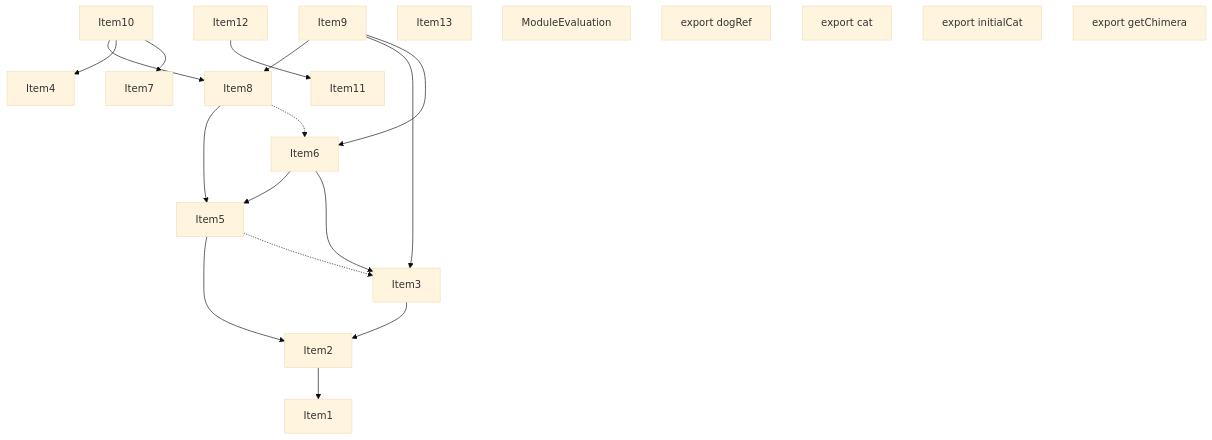
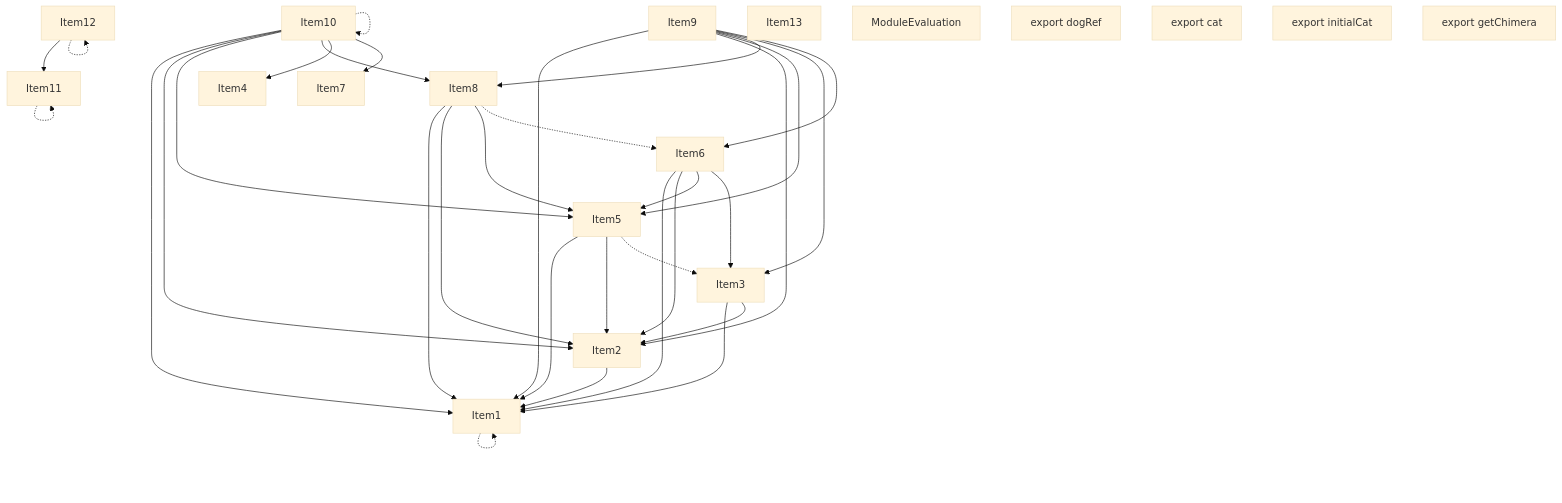
One commit to vercel/turborepo changed the second of 5 diagrams in crates/turbopack-ecmascript/tests/tree-shaker/analyzer/complex/output.md. Above: the diagram before and after it, drawn with Mermaid (base theme). The commit also changed other lines of this file and 20 other files, not shown here.

````diff
--- a/crates/turbopack-ecmascript/tests/tree-shaker/analyzer/complex/output.md
+++ b/crates/turbopack-ecmascript/tests/tree-shaker/analyzer/complex/output.md
@@ -181,41 +181,57 @@
 ```mermaid
 graph TD
     Item1;
     Item2;
     Item3;
     Item4;
     Item5;
     Item6;
     Item7;
     Item8;
     Item9;
     Item10;
     Item11;
     Item12;
     Item13;
     Item14;
     Item14["ModuleEvaluation"];
     Item15;
     Item15["export dogRef"];
     Item16;
     Item16["export cat"];
     Item17;
     Item17["export initialCat"];
     Item18;
     Item18["export getChimera"];
+    Item1 -.-> Item1;
     Item2 --> Item1;
+    Item3 --> Item1;
     Item3 --> Item2;
+    Item5 --> Item1;
     Item5 --> Item2;
     Item5 -.-> Item3;
+    Item6 --> Item1;
+    Item6 --> Item2;
     Item6 --> Item5;
     Item6 --> Item3;
+    Item8 --> Item1;
+    Item8 --> Item2;
     Item8 --> Item5;
     Item8 -.-> Item6;
+    Item9 --> Item1;
+    Item9 --> Item2;
+    Item9 --> Item5;
     Item9 --> Item8;
     Item9 --> Item3;
     Item9 --> Item6;
+    Item10 --> Item1;
+    Item10 --> Item2;
+    Item10 --> Item5;
     Item10 --> Item8;
     Item10 --> Item4;
     Item10 --> Item7;
+    Item10 -.-> Item10;
+    Item11 -.-> Item11;
     Item12 --> Item11;
+    Item12 -.-> Item12;
 ```
````
